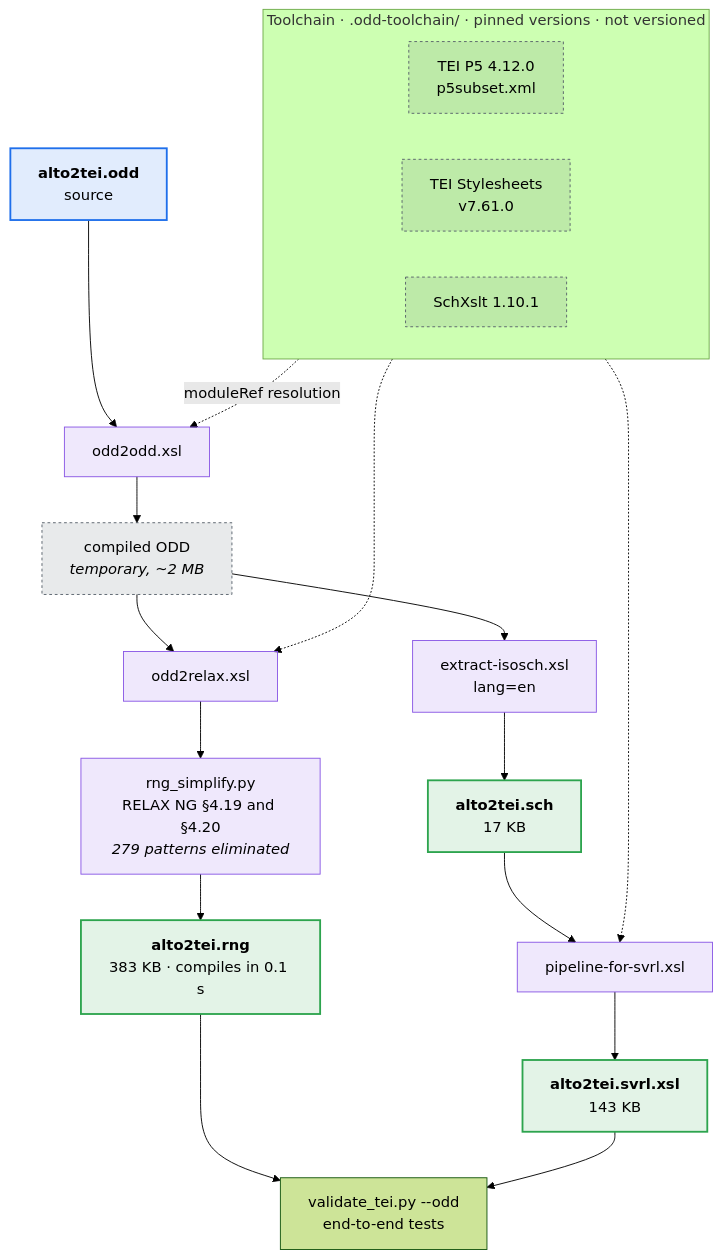
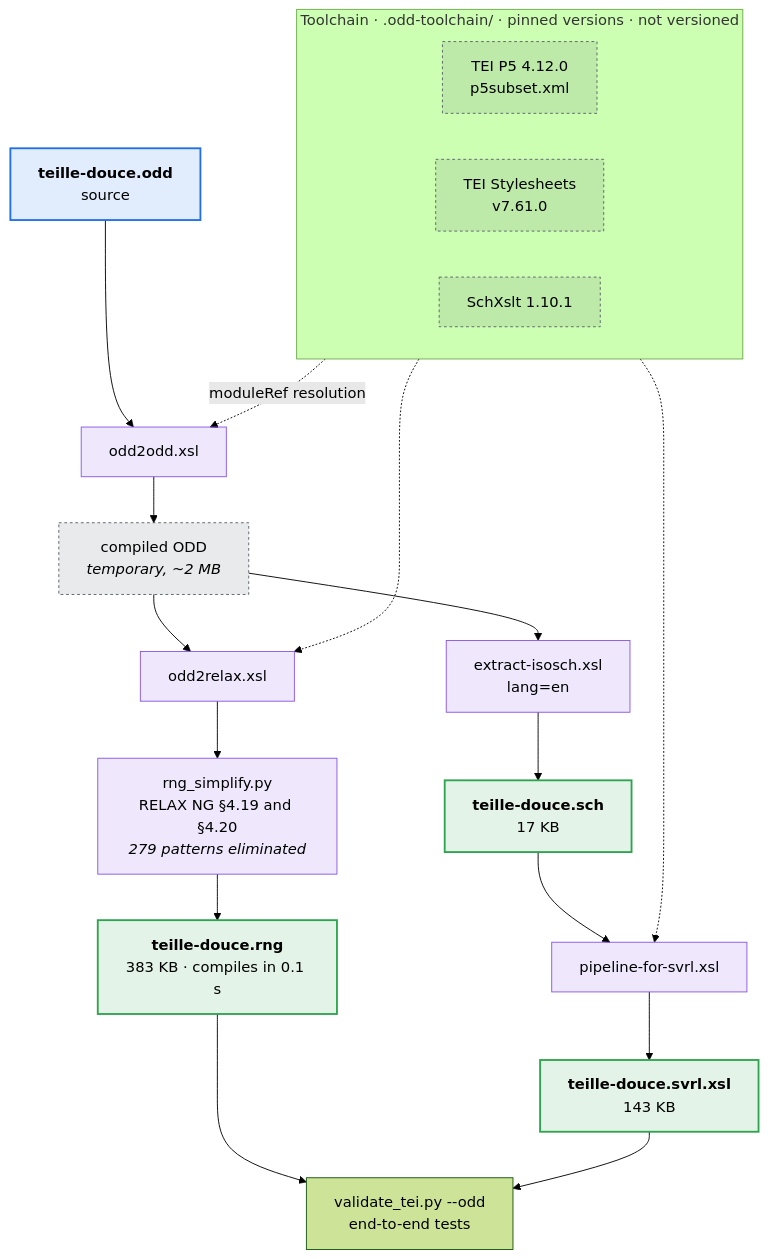
Before and after one commit to Grand-Siecle/TEIlle-douce: the diagram in schema/README.md, drawn with Mermaid (forest theme). The commit also changed other lines of this file and 33 other files, not shown here.

````diff
--- a/schema/README.md
+++ b/schema/README.md
@@ -54,41 +54,41 @@
 ```mermaid
 flowchart TB
     subgraph outils["Toolchain · .odd-toolchain/ · pinned versions · not versioned"]
         direction LR
         P5["TEI P5 4.12.0<br/>p5subset.xml"]
         STY["TEI Stylesheets<br/>v7.61.0"]
         SCHX["SchXslt 1.10.1"]
     end
 
-    ODD["<b>alto2tei.odd</b><br/>source"]
+    ODD["<b>teille-douce.odd</b><br/>source"]
     COMP["compiled ODD<br/><i>temporary, ~2 MB</i>"]
 
     ODD --> A1["odd2odd.xsl"]
     P5 -. "moduleRef resolution" .-> A1
     A1 --> COMP
 
     COMP --> B1["odd2relax.xsl"]
     COMP --> C1["extract-isosch.xsl<br/>lang=en"]
 
     B1 --> B2["rng_simplify.py<br/>RELAX NG §4.19 and §4.20<br/><i>279 patterns eliminated</i>"]
-    B2 --> RNG["<b>alto2tei.rng</b><br/>383 KB · compiles in 0.1 s"]
+    B2 --> RNG["<b>teille-douce.rng</b><br/>383 KB · compiles in 0.1 s"]
 
-    C1 --> SCH["<b>alto2tei.sch</b><br/>17 KB"]
+    C1 --> SCH["<b>teille-douce.sch</b><br/>17 KB"]
     SCH --> D1["pipeline-for-svrl.xsl"]
-    D1 --> SVRL["<b>alto2tei.svrl.xsl</b><br/>143 KB"]
+    D1 --> SVRL["<b>teille-douce.svrl.xsl</b><br/>143 KB"]
 
     STY -. " " .-> B1
     SCHX -. " " .-> D1
 
     RNG --> USE["validate_tei.py --odd<br/>end-to-end tests"]
     SVRL --> USE
 
     classDef source fill:#1f6feb22,stroke:#1f6feb,stroke-width:2px
     classDef produit fill:#2da44e22,stroke:#2da44e,stroke-width:2px
     classDef etape fill:#8957e522,stroke:#8957e5
     classDef outil fill:#57606a22,stroke:#57606a,stroke-dasharray:3 3
     class ODD source
     class RNG,SCH,SVRL produit
     class A1,B1,B2,C1,D1 etape
     class P5,STY,SCHX,COMP outil
 ```
````
